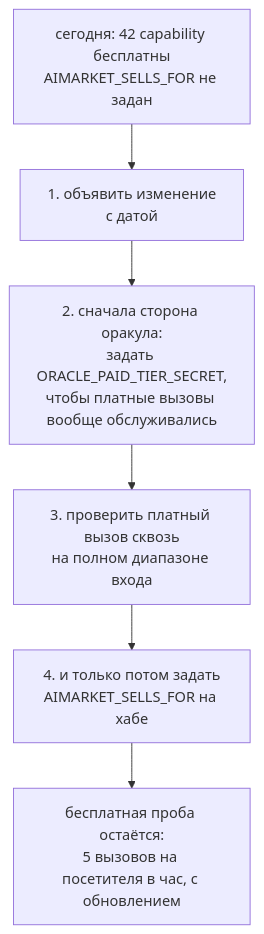
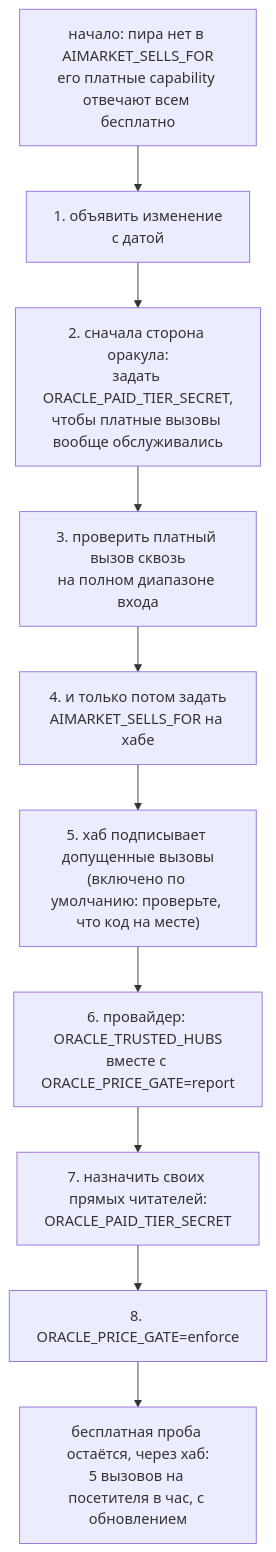
One commit to alexar76/aicom changed the third of 4 diagrams in docs/free-and-paid-tiers.ru.md. Above: the diagram before and after it, drawn with Mermaid. The commit also changed other lines of this file and 496 other files, not shown here.

````diff
--- a/docs/free-and-paid-tiers.ru.md
+++ b/docs/free-and-paid-tiers.ru.md
@@ -293,8 +379,12 @@
 ```mermaid
 flowchart TD
-    S["сегодня: 42 capability бесплатны<br/>AIMARKET_SELLS_FOR не задан"] --> A["1. объявить изменение<br/>с датой"]
+    S["начало: пира нет в AIMARKET_SELLS_FOR<br/>его платные capability отвечают всем бесплатно"] --> A["1. объявить изменение<br/>с датой"]
     A --> B["2. сначала сторона оракула:<br/>задать ORACLE_PAID_TIER_SECRET,<br/>чтобы платные вызовы вообще обслуживались"]
     B --> C["3. проверить платный вызов сквозь<br/>на полном диапазоне входа"]
     C --> D["4. и только потом задать<br/>AIMARKET_SELLS_FOR на хабе"]
-    D --> E["бесплатная проба остаётся:<br/>5 вызовов на посетителя в час, с обновлением"]
+    D --> H["5. хаб подписывает допущенные вызовы<br/>(включено по умолчанию: проверьте, что код на месте)"]
+    H --> R["6. провайдер: ORACLE_TRUSTED_HUBS<br/>вместе с ORACLE_PRICE_GATE=report"]
+    R --> N["7. назначить своих прямых читателей:<br/>ORACLE_PAID_TIER_SECRET"]
+    N --> X["8. ORACLE_PRICE_GATE=enforce"]
+    X --> E["бесплатная проба остаётся, через хаб:<br/>5 вызовов на посетителя в час, с обновлением"]
 ```
````
